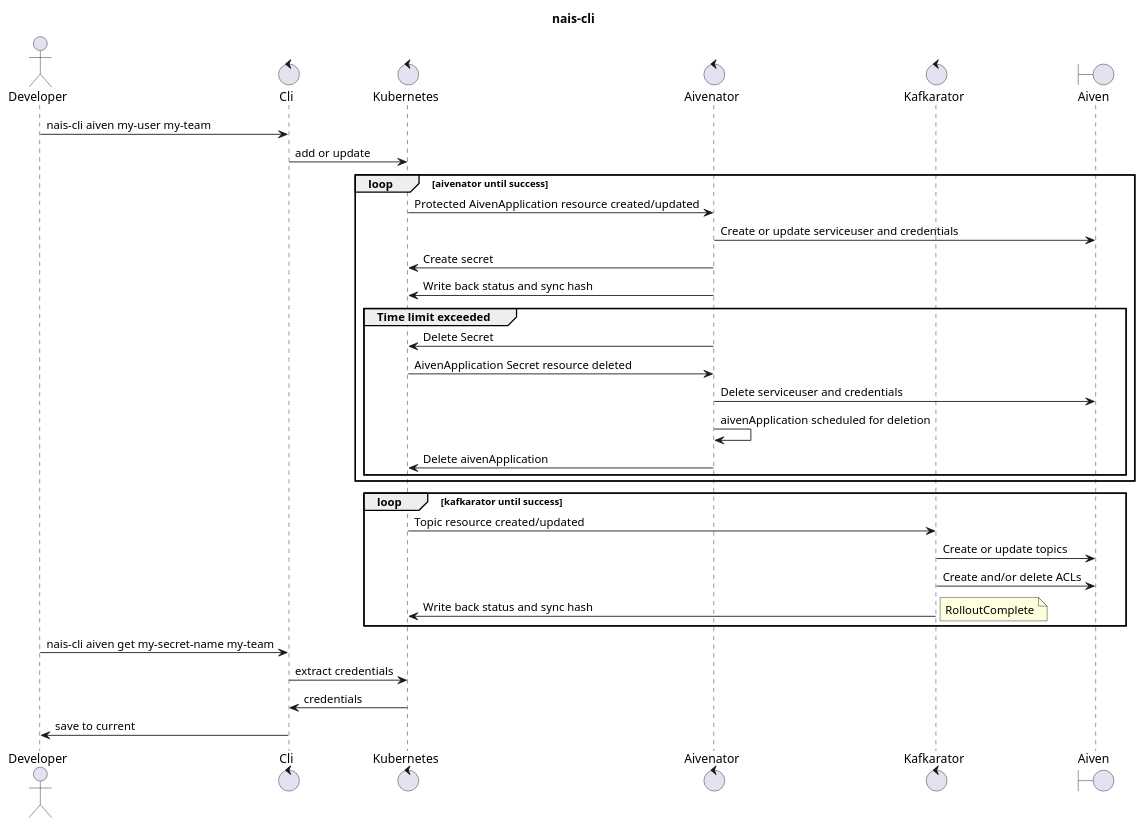
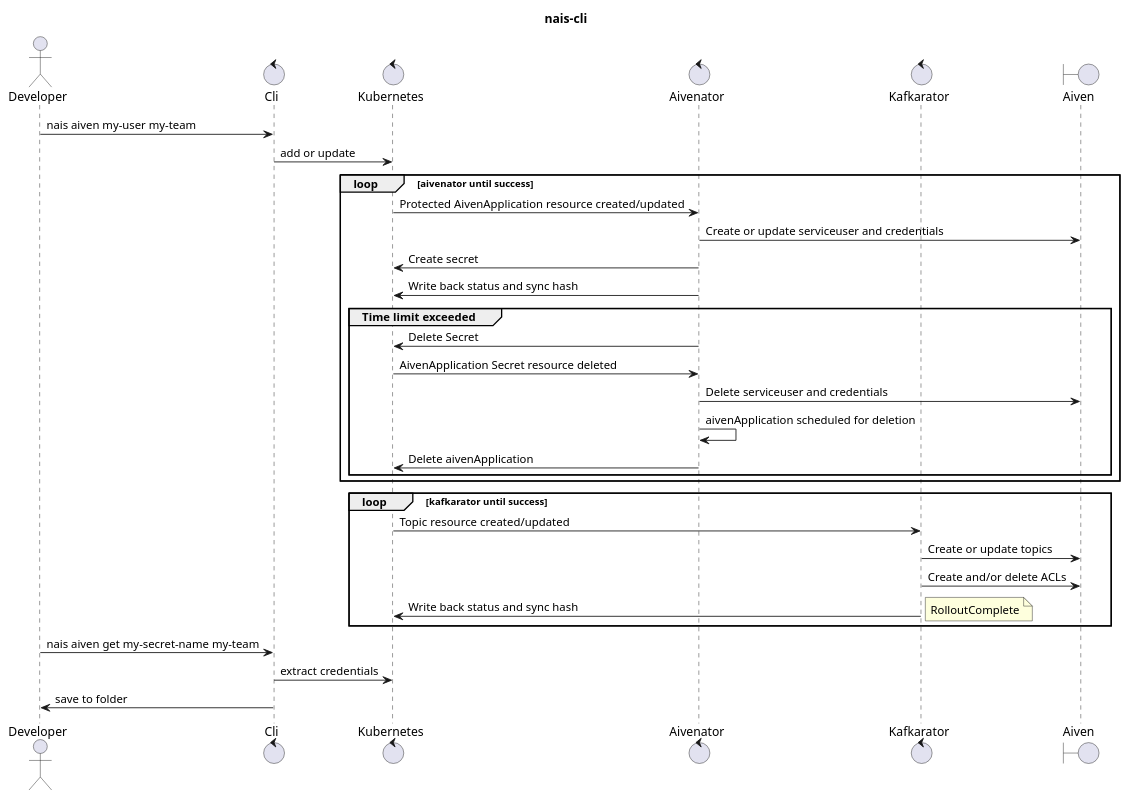
Before and after one commit to nais/cli: the diagram in doc/nais-cli.puml, drawn with PlantUML. The commit also changed 2 other files, not shown here.

```diff
--- a/doc/nais-cli.puml
+++ b/doc/nais-cli.puml
@@ -1,41 +1,40 @@
 @startuml
 title nais-cli
 
 actor developer as "Developer"
 control cli as "Cli"
 control kubernetes as "Kubernetes"
 control aivenator as "Aivenator"
 control kafkarator as "Kafkarator"
 boundary aiven as "Aiven"
 
-developer -> cli : nais-cli aiven my-user my-team
+developer -> cli : nais aiven my-user my-team
 cli -> kubernetes : add or update
 
 loop aivenator until success
 kubernetes -> aivenator : Protected AivenApplication resource created/updated
 aivenator -> aiven : Create or update serviceuser and credentials
 aivenator -> kubernetes : Create secret
 aivenator -> kubernetes : Write back status and sync hash
 group Time limit exceeded
 aivenator -> kubernetes : Delete Secret
 kubernetes -> aivenator : AivenApplication Secret resource deleted
 aivenator -> aiven : Delete serviceuser and credentials
 aivenator -> aivenator : aivenApplication scheduled for deletion
 aivenator -> kubernetes : Delete aivenApplication
     end
 end
 
 loop kafkarator until success
 kubernetes -> kafkarator : Topic resource created/updated
 kafkarator -> aiven : Create or update topics
 kafkarator -> aiven : Create and/or delete ACLs
 kafkarator -> kubernetes : Write back status and sync hash
 note right: RolloutComplete
 end
 
-developer -> cli : nais-cli aiven get my-secret-name my-team
+developer -> cli : nais aiven get my-secret-name my-team
 cli -> kubernetes : extract credentials
-cli <- kubernetes : credentials
-developer <- cli : save to current
+developer <- cli : save to folder
 
 @enduml
```
